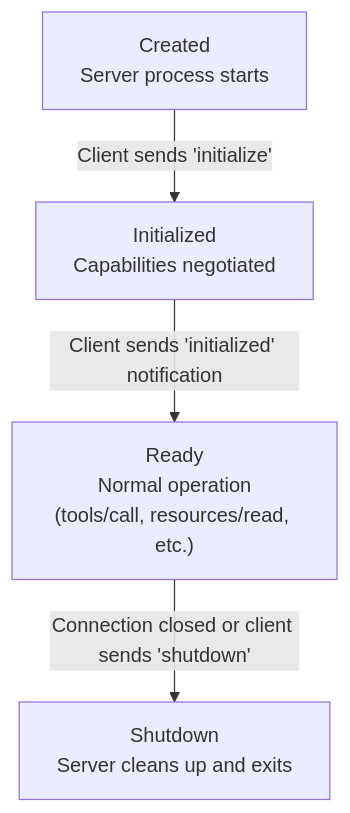
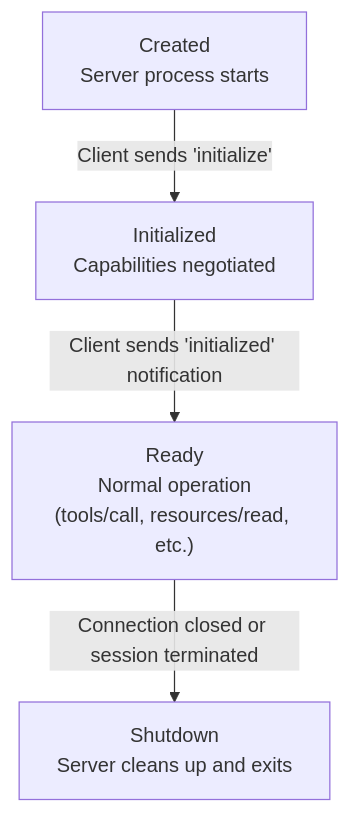
One commit to quarkiverse/quarkus-mcp-server changed the first of 7 diagrams in docs/modules/ROOT/pages/concepts-mcp-protocol.adoc. Above: the diagram before and after it, drawn with Mermaid. The commit also changed other lines of this file and 33 other files, not shown here.

```diff
--- a/docs/modules/ROOT/pages/concepts-mcp-protocol.adoc
+++ b/docs/modules/ROOT/pages/concepts-mcp-protocol.adoc
@@ -255,12 +254,12 @@
 [mermaid,mcp-lifecycle-states,svg]
 ----
 flowchart TD
     Created["Created<br/>Server process starts"]
     Initialized["Initialized<br/>Capabilities negotiated"]
     Ready["Ready<br/>Normal operation<br/>(tools/call, resources/read, etc.)"]
     Shutdown["Shutdown<br/>Server cleans up and exits"]
 
     Created -->|"Client sends 'initialize'"| Initialized
     Initialized -->|"Client sends 'initialized' notification"| Ready
-    Ready -->|"Connection closed or client sends 'shutdown'"| Shutdown
+    Ready -->|"Connection closed or session terminated"| Shutdown
 ----
```
